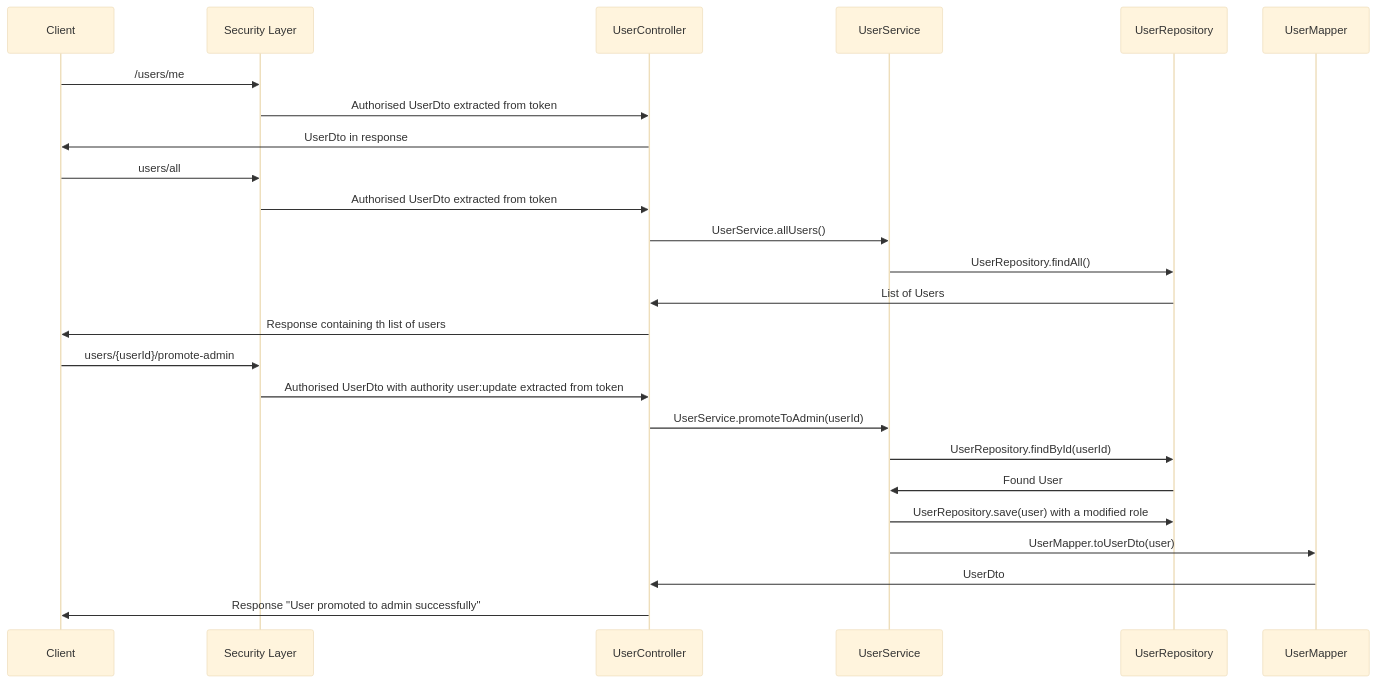
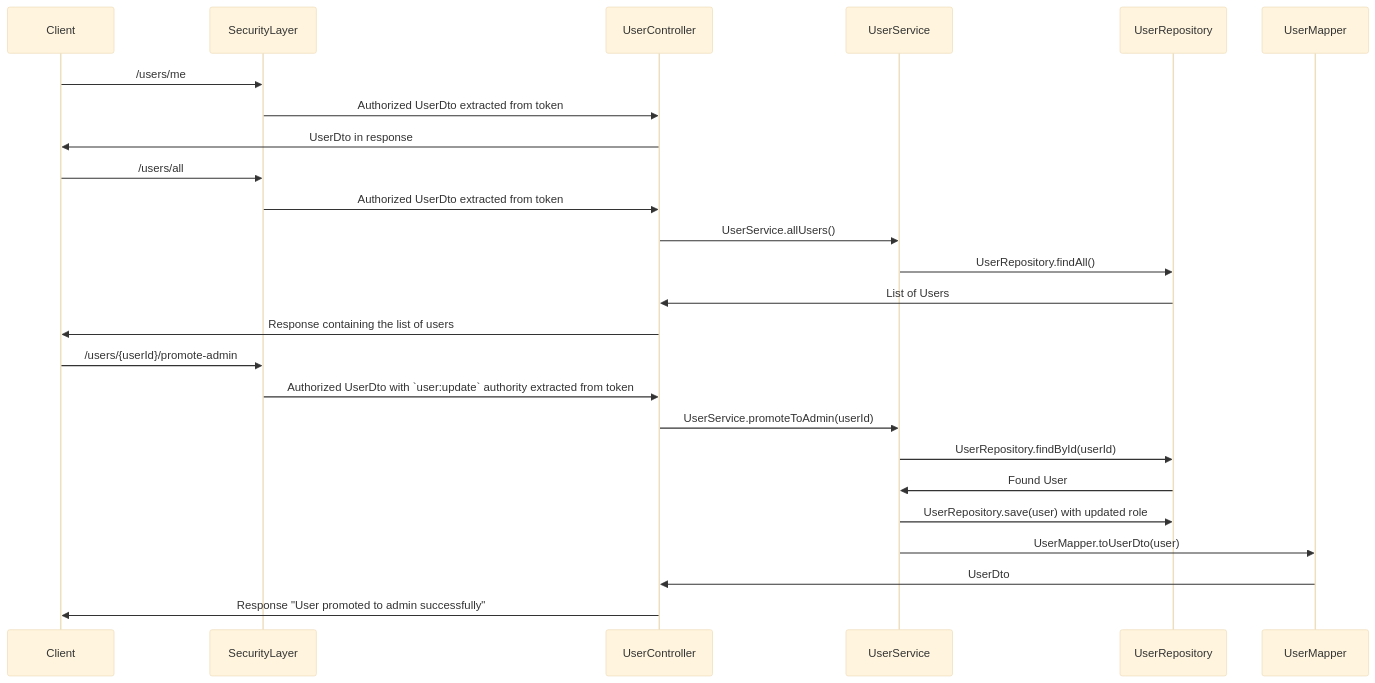
Before and after one commit to OrifInformatique/template_frontback: the third of 4 diagrams in doc/process-documentation.md, drawn with Mermaid (base theme). The commit also changed other lines of this file, not shown here.

Commit message:
refactore: typo corrections

````diff
--- a/doc/process-documentation.md
+++ b/doc/process-documentation.md
@@ -208,31 +208,30 @@
 ```mermaid
 sequenceDiagram
     participant Client
-    participant Security Layer
+    participant SecurityLayer
     participant UserController
     participant UserService
     participant UserRepository
     participant UserMapper
 
-    Client->>Security Layer: /users/me
-    Security Layer->>UserController: Authorised UserDto extracted from token
+    Client->>SecurityLayer: /users/me
+    SecurityLayer->>UserController: Authorized UserDto extracted from token
     UserController->>Client: UserDto in response
 
-    Client->>Security Layer: users/all
-    Security Layer->>UserController: Authorised UserDto extracted from token
+    Client->>SecurityLayer: /users/all
+    SecurityLayer->>UserController: Authorized UserDto extracted from token
     UserController->>UserService: UserService.allUsers()
     UserService->>UserRepository: UserRepository.findAll()
     UserRepository->>UserController: List of Users
-    UserController->>Client: Response containing th list of users
+    UserController->>Client: Response containing the list of users
 
-    Client->>Security Layer: users/{userId}/promote-admin
-    Security Layer->>UserController: Authorised UserDto with authority user:update extracted from token
+    Client->>SecurityLayer: /users/{userId}/promote-admin
+    SecurityLayer->>UserController: Authorized UserDto with `user:update` authority extracted from token
     UserController->>UserService: UserService.promoteToAdmin(userId)
     UserService->>UserRepository: UserRepository.findById(userId)
     UserRepository->>UserService: Found User
-    UserService->>UserRepository: UserRepository.save(user) with a modified role
+    UserService->>UserRepository: UserRepository.save(user) with updated role
     UserService->>UserMapper: UserMapper.toUserDto(user)
     UserMapper->>UserController: UserDto
     UserController->>Client: Response "User promoted to admin successfully"
-
 ```
````
